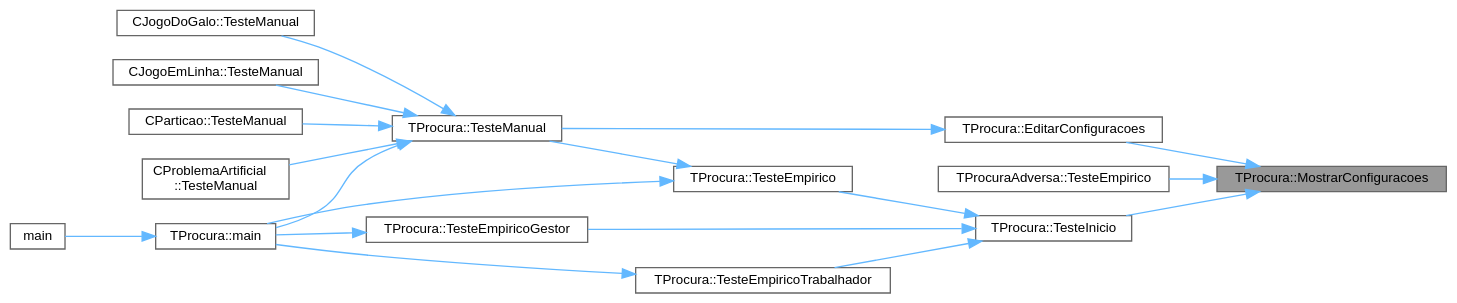
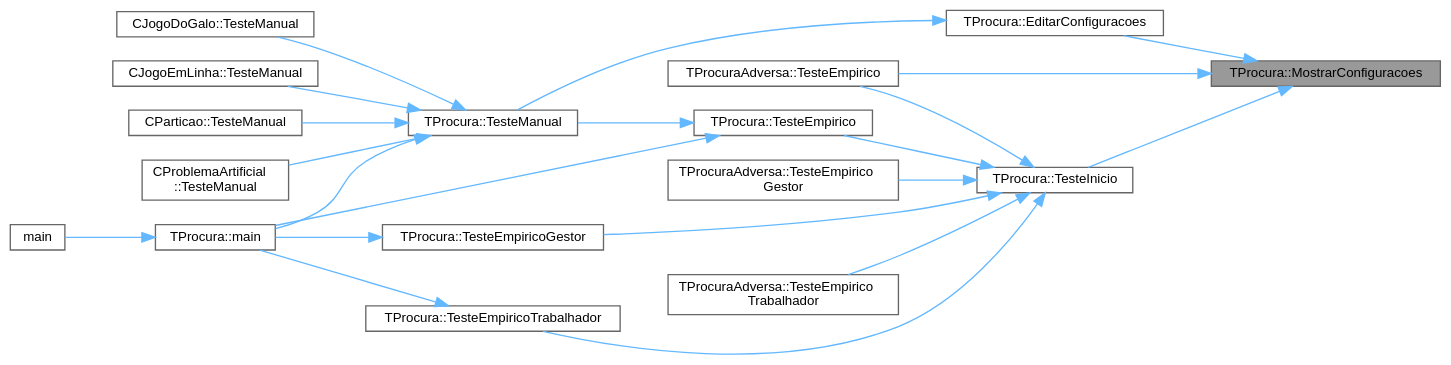
Before and after one commit to jcoelho72/TProcura: the diagram in classTProcura_a3332047124784be2fc7af575a5f7f8b5_icgraph.dot, drawn with Graphviz. The commit also changed 165 other files, not shown here.

```diff
--- a/classTProcura_a3332047124784be2fc7af575a5f7f8b5_icgraph.dot
+++ b/classTProcura_a3332047124784be2fc7af575a5f7f8b5_icgraph.dot
@@ -1,39 +1,44 @@
 digraph "TProcura::MostrarConfiguracoes"
 {
  // LATEX_PDF_SIZE
   bgcolor="transparent";
   edge [fontname=Helvetica,fontsize=10,labelfontname=Helvetica,labelfontsize=10];
   node [fontname=Helvetica,fontsize=10,shape=box,height=0.2,width=0.4];
   rankdir="RL";
   Node1 [id="Node000001",label="TProcura::MostrarConfiguracoes",height=0.2,width=0.4,color="gray40", fillcolor="grey60", style="filled", fontcolor="black",tooltip="Mostra as configurações disponíveis."];
   Node1 -> Node2 [id="edge1_Node000001_Node000002",dir="back",color="steelblue1",style="solid",tooltip=" "];
   Node2 [id="Node000002",label="TProcura::EditarConfiguracoes",height=0.2,width=0.4,color="grey40", fillcolor="white", style="filled",URL="$classTProcura.html#ae559b54c7ff363280df914fec988794f",tooltip="Permite ao utilizador editar as configurações."];
   Node2 -> Node3 [id="edge2_Node000002_Node000003",dir="back",color="steelblue1",style="solid",tooltip=" "];
   Node3 [id="Node000003",label="TProcura::TesteManual",height=0.2,width=0.4,color="grey40", fillcolor="white", style="filled",URL="$classTProcura.html#a5fdf4e8f76e59eb83fbc274fa61e34af",tooltip="Inicializa a interação com o utilizador."];
   Node3 -> Node4 [id="edge3_Node000003_Node000004",dir="back",color="steelblue1",style="solid",tooltip=" "];
   Node4 [id="Node000004",label="TProcura::main",height=0.2,width=0.4,color="grey40", fillcolor="white", style="filled",URL="$classTProcura.html#aad1499e49cf6757569aeabd9c3fb2a8c",tooltip="Inicializa a interação com o utilizador."];
   Node4 -> Node5 [id="edge4_Node000004_Node000005",dir="back",color="steelblue1",style="solid",tooltip=" "];
   Node5 [id="Node000005",label="main",height=0.2,width=0.4,color="grey40", fillcolor="white", style="filled",URL="$Adversa_2Teste_2teste_8cpp.html#a0ddf1224851353fc92bfbff6f499fa97",tooltip=" "];
   Node3 -> Node6 [id="edge5_Node000003_Node000006",dir="back",color="steelblue1",style="solid",tooltip=" "];
   Node6 [id="Node000006",label="CJogoDoGalo::TesteManual",height=0.2,width=0.4,color="grey40", fillcolor="white", style="filled",URL="$classCJogoDoGalo.html#a113984a3801a93ebce61e0a700a413ab",tooltip="Inicializa a interação com o utilizador."];
   Node3 -> Node7 [id="edge6_Node000003_Node000007",dir="back",color="steelblue1",style="solid",tooltip=" "];
   Node7 [id="Node000007",label="CJogoEmLinha::TesteManual",height=0.2,width=0.4,color="grey40", fillcolor="white", style="filled",URL="$classCJogoEmLinha.html#ad289e94136b44c9e3e942acf64ff0449",tooltip="Inicializa a interação com o utilizador."];
   Node3 -> Node8 [id="edge7_Node000003_Node000008",dir="back",color="steelblue1",style="solid",tooltip=" "];
   Node8 [id="Node000008",label="CParticao::TesteManual",height=0.2,width=0.4,color="grey40", fillcolor="white", style="filled",URL="$classCParticao.html#aa4d328b9944991f3fc52ce0726111865",tooltip="Inicializa a interação com o utilizador."];
   Node3 -> Node9 [id="edge8_Node000003_Node000009",dir="back",color="steelblue1",style="solid",tooltip=" "];
   Node9 [id="Node000009",label="CProblemaArtificial\l::TesteManual",height=0.2,width=0.4,color="grey40", fillcolor="white", style="filled",URL="$classCProblemaArtificial.html#abaad629eb538177261df40e1e27e92ed",tooltip="Inicializa a interação com o utilizador."];
   Node1 -> Node10 [id="edge9_Node000001_Node000010",dir="back",color="steelblue1",style="solid",tooltip=" "];
   Node10 [id="Node000010",label="TProcuraAdversa::TesteEmpirico",height=0.2,width=0.4,color="grey40", fillcolor="white", style="filled",URL="$classTProcuraAdversa.html#abe15e86c2a11e584764a2b80ddab10cb",tooltip="Executa testes empíricos, em todas as configurações guardadas, nas instâncias selecionadas."];
   Node1 -> Node11 [id="edge10_Node000001_Node000011",dir="back",color="steelblue1",style="solid",tooltip=" "];
   Node11 [id="Node000011",label="TProcura::TesteInicio",height=0.2,width=0.4,color="grey40", fillcolor="white", style="filled",URL="$classTProcura.html#a577697338460038138738e87157166af",tooltip="arranque de teste, auxiliar aos Testes Empíricos"];
-  Node11 -> Node12 [id="edge11_Node000011_Node000012",dir="back",color="steelblue1",style="solid",tooltip=" "];
+  Node11 -> Node10 [id="edge11_Node000011_Node000010",dir="back",color="steelblue1",style="solid",tooltip=" "];
+  Node11 -> Node12 [id="edge12_Node000011_Node000012",dir="back",color="steelblue1",style="solid",tooltip=" "];
   Node12 [id="Node000012",label="TProcura::TesteEmpirico",height=0.2,width=0.4,color="grey40", fillcolor="white", style="filled",URL="$classTProcura.html#ae98922e2f7f8bb6e487af0a1e4f84336",tooltip="Executa testes empíricos, em todas as configurações guardadas, nas instâncias selecionadas."];
-  Node12 -> Node4 [id="edge12_Node000012_Node000004",dir="back",color="steelblue1",style="solid",tooltip=" "];
-  Node12 -> Node3 [id="edge13_Node000012_Node000003",dir="back",color="steelblue1",style="solid",tooltip=" "];
-  Node11 -> Node13 [id="edge14_Node000011_Node000013",dir="back",color="steelblue1",style="solid",tooltip=" "];
-  Node13 [id="Node000013",label="TProcura::TesteEmpiricoGestor",height=0.2,width=0.4,color="grey40", fillcolor="white", style="filled",URL="$classTProcura.html#afd7217164b5ffce15f1949138f469fdb",tooltip="Teste empírico com modo mestre-escravo (este é o mestre)"];
-  Node13 -> Node4 [id="edge15_Node000013_Node000004",dir="back",color="steelblue1",style="solid",tooltip=" "];
+  Node12 -> Node4 [id="edge13_Node000012_Node000004",dir="back",color="steelblue1",style="solid",tooltip=" "];
+  Node12 -> Node3 [id="edge14_Node000012_Node000003",dir="back",color="steelblue1",style="solid",tooltip=" "];
+  Node11 -> Node13 [id="edge15_Node000011_Node000013",dir="back",color="steelblue1",style="solid",tooltip=" "];
+  Node13 [id="Node000013",label="TProcuraAdversa::TesteEmpirico\lGestor",height=0.2,width=0.4,color="grey40", fillcolor="white", style="filled",URL="$classTProcuraAdversa.html#a6d7b94a381a8a02e1792b094c6317a34",tooltip="Teste empírico com modo mestre-escravo (este é o mestre)"];
   Node11 -> Node14 [id="edge16_Node000011_Node000014",dir="back",color="steelblue1",style="solid",tooltip=" "];
-  Node14 [id="Node000014",label="TProcura::TesteEmpiricoTrabalhador",height=0.2,width=0.4,color="grey40", fillcolor="white", style="filled",URL="$classTProcura.html#a1b444fbb9aa1d6bf3df277df3f289587",tooltip="Teste empírico com modo mestre-escravo (este é o escravo)"];
+  Node14 [id="Node000014",label="TProcura::TesteEmpiricoGestor",height=0.2,width=0.4,color="grey40", fillcolor="white", style="filled",URL="$classTProcura.html#afd7217164b5ffce15f1949138f469fdb",tooltip="Teste empírico com modo mestre-escravo (este é o mestre)"];
   Node14 -> Node4 [id="edge17_Node000014_Node000004",dir="back",color="steelblue1",style="solid",tooltip=" "];
+  Node11 -> Node15 [id="edge18_Node000011_Node000015",dir="back",color="steelblue1",style="solid",tooltip=" "];
+  Node15 [id="Node000015",label="TProcuraAdversa::TesteEmpirico\lTrabalhador",height=0.2,width=0.4,color="grey40", fillcolor="white", style="filled",URL="$classTProcuraAdversa.html#adf8ec64db235b7d293fbf5a632a57966",tooltip="Teste empírico com modo mestre-escravo (este é o escravo)"];
+  Node11 -> Node16 [id="edge19_Node000011_Node000016",dir="back",color="steelblue1",style="solid",tooltip=" "];
+  Node16 [id="Node000016",label="TProcura::TesteEmpiricoTrabalhador",height=0.2,width=0.4,color="grey40", fillcolor="white", style="filled",URL="$classTProcura.html#a1b444fbb9aa1d6bf3df277df3f289587",tooltip="Teste empírico com modo mestre-escravo (este é o escravo)"];
+  Node16 -> Node4 [id="edge20_Node000016_Node000004",dir="back",color="steelblue1",style="solid",tooltip=" "];
 }
```
